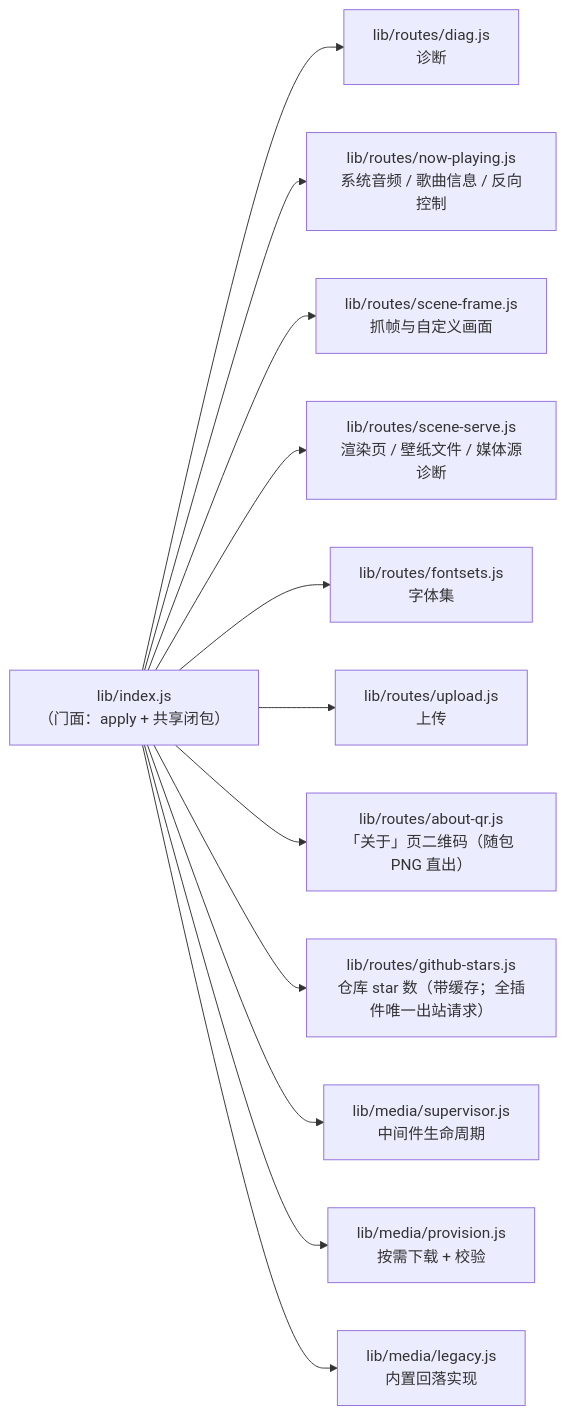
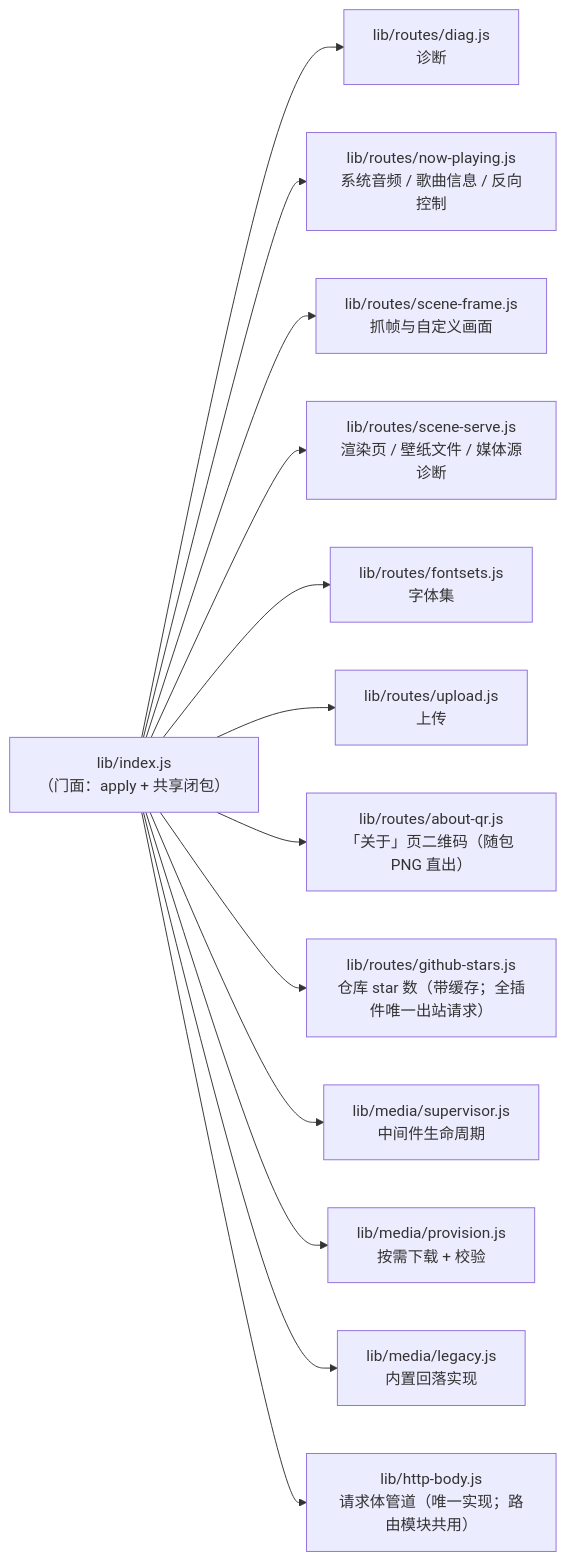
Before and after one commit to YV3507/dsh-wallpaper-engine: the second of 5 diagrams in docs/CODE-STRUCTURE.md, drawn with Mermaid. The commit also changed other lines of this file and 38 other files, not shown here.

````diff
--- a/docs/CODE-STRUCTURE.md
+++ b/docs/CODE-STRUCTURE.md
@@ -110,15 +110,16 @@
 ```mermaid
 graph LR
     IDX["lib/index.js<br/>（门面：apply + 共享闭包）"]
     IDX --> R1["lib/routes/diag.js<br/>诊断"]
     IDX --> R2["lib/routes/now-playing.js<br/>系统音频 / 歌曲信息 / 反向控制"]
     IDX --> R3["lib/routes/scene-frame.js<br/>抓帧与自定义画面"]
     IDX --> R4["lib/routes/scene-serve.js<br/>渲染页 / 壁纸文件 / 媒体源诊断"]
     IDX --> R5["lib/routes/fontsets.js<br/>字体集"]
     IDX --> R6["lib/routes/upload.js<br/>上传"]
     IDX --> R7["lib/routes/about-qr.js<br/>「关于」页二维码（随包 PNG 直出）"]
     IDX --> R8["lib/routes/github-stars.js<br/>仓库 star 数（带缓存；全插件唯一出站请求）"]
     IDX --> M1["lib/media/supervisor.js<br/>中间件生命周期"]
     IDX --> M2["lib/media/provision.js<br/>按需下载 + 校验"]
     IDX --> M3["lib/media/legacy.js<br/>内置回落实现"]
+    IDX --> H1["lib/http-body.js<br/>请求体管道（唯一实现；路由模块共用）"]
 ```
````
